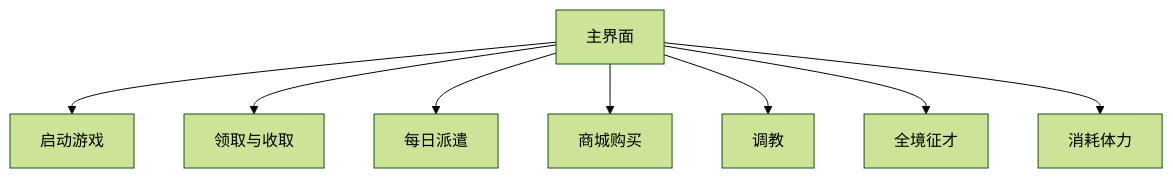
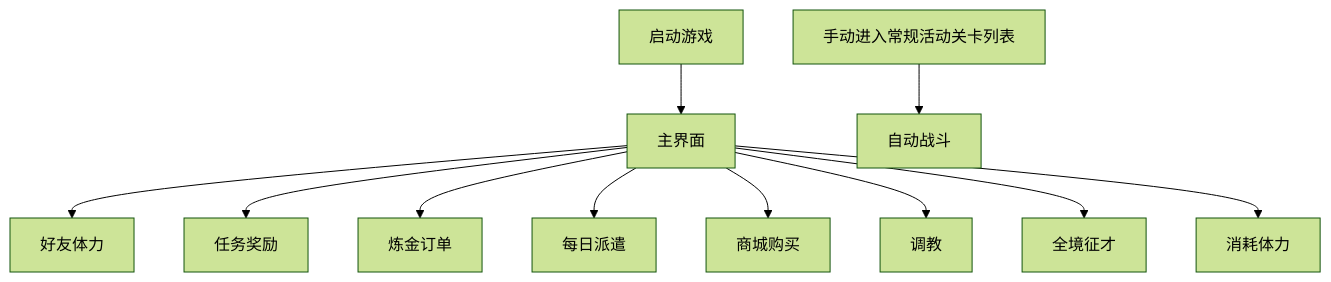
One commit to cccrx1/TKFMaa changed the diagram in docs/zh_cn/tasks/README.md. Above: the diagram before and after it, drawn with Mermaid (forest theme). The commit also changed other lines of this file and 2 other files, not shown here.

Commit message:
fix(activity): 为自动战斗入口补充主界面安全退出
AutoBattleStart 原先只跳转常规活动关卡列表决策节点，未进入关卡列表时无法安全结束，增加 CommonStopOnMainWithRetries 作为回退分支

新增 docs/zh_cn/tasks/auto_battle.md 并在任务总览补充自动战斗入口与流程图节点

````diff
--- a/docs/zh_cn/tasks/README.md
+++ b/docs/zh_cn/tasks/README.md
@@ -5,11 +9,14 @@
 ```mermaid
 flowchart TD
     Main[主界面]
-    Main --> Login[启动游戏]
-    Main --> Collect[领取与收取]
+    Login[启动游戏] --> Main
+    Main --> Friend[好友体力]
+    Main --> Rewards[任务奖励]
+    Main --> Alchemy[炼金订单]
     Main --> Dispatch[每日派遣]
     Main --> Shop[商城购买]
     Main --> Training[调教]
     Main --> Recruitment[全境征才]
     Main --> Stamina[消耗体力]
+    Manual[手动进入常规活动关卡列表] --> AutoBattle[自动战斗]
 ```
````
